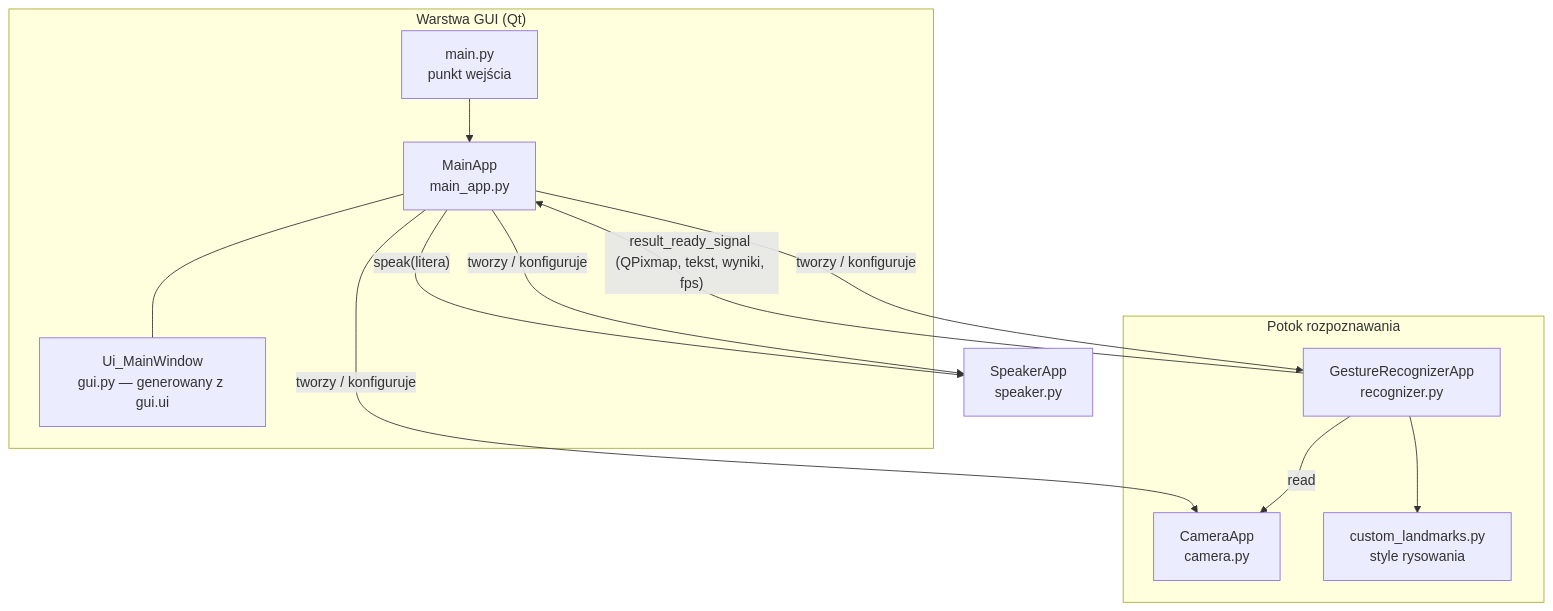
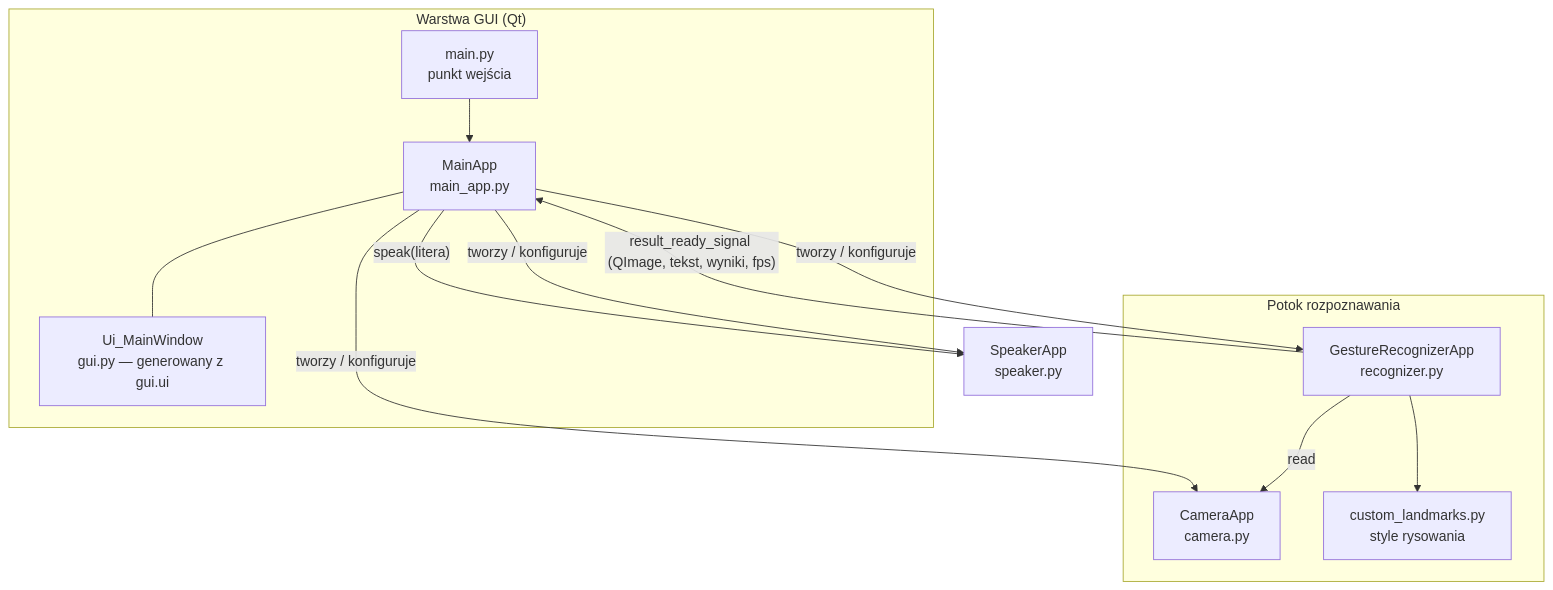
Before and after one commit to DXtR1337/AI_sign_language_translator: the first of 2 diagrams in docs/TECHNICAL_DOCUMENTATION.pl.md, drawn with Mermaid. The commit also changed other lines of this file and 5 other files, not shown here.

````diff
--- a/docs/TECHNICAL_DOCUMENTATION.pl.md
+++ b/docs/TECHNICAL_DOCUMENTATION.pl.md
@@ -52,23 +53,23 @@
 ```mermaid
 flowchart TB
     subgraph GUI["Warstwa GUI (Qt)"]
         MAIN[main.py<br/>punkt wejścia] --> APP[MainApp<br/>main_app.py]
         APP --- UI[Ui_MainWindow<br/>gui.py — generowany z gui.ui]
     end
 
     subgraph Pipeline["Potok rozpoznawania"]
         CAM[CameraApp<br/>camera.py]
         REC[GestureRecognizerApp<br/>recognizer.py]
         LMK[custom_landmarks.py<br/>style rysowania]
         REC -->|read| CAM
         REC --> LMK
     end
 
     TTS[SpeakerApp<br/>speaker.py]
 
     APP -->|tworzy / konfiguruje| CAM
     APP -->|tworzy / konfiguruje| REC
     APP -->|tworzy / konfiguruje| TTS
-    REC -->|"result_ready_signal (QPixmap, tekst, wyniki, fps)"| APP
+    REC -->|"result_ready_signal (QImage, tekst, wyniki, fps)"| APP
     APP -->|"speak(litera)"| TTS
 ```
````
